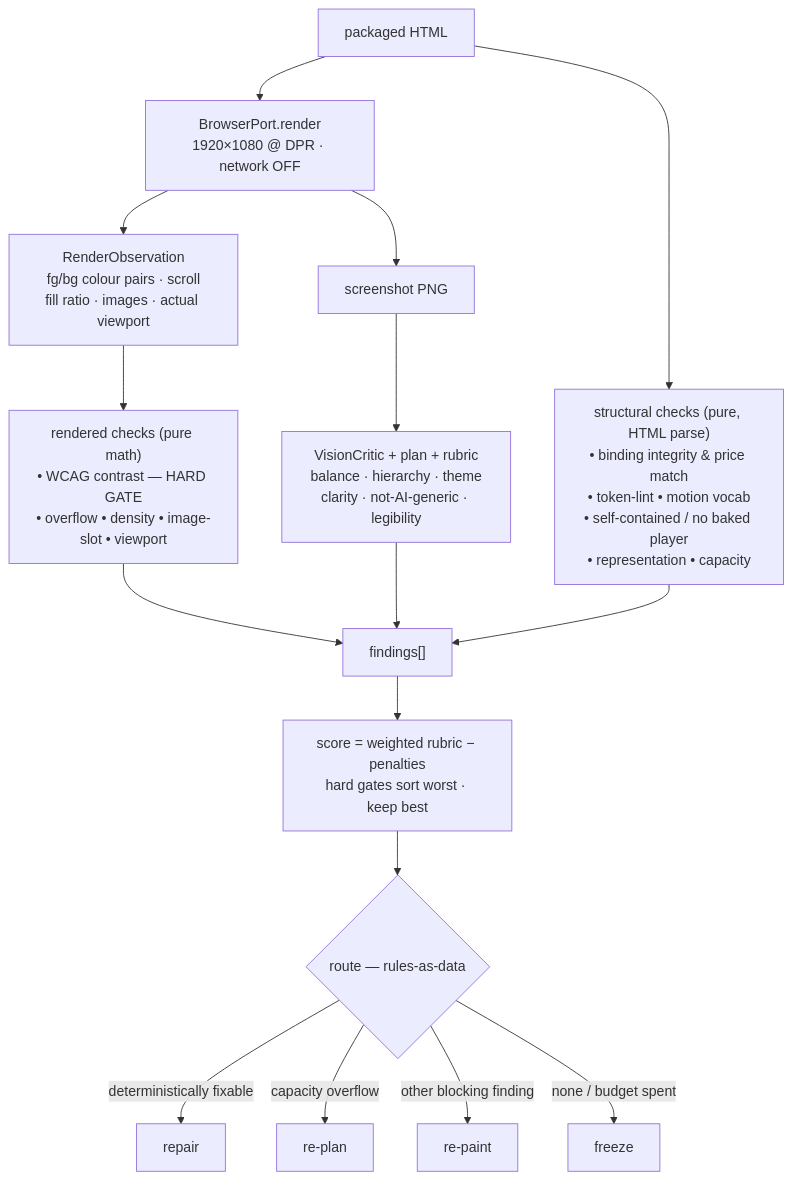
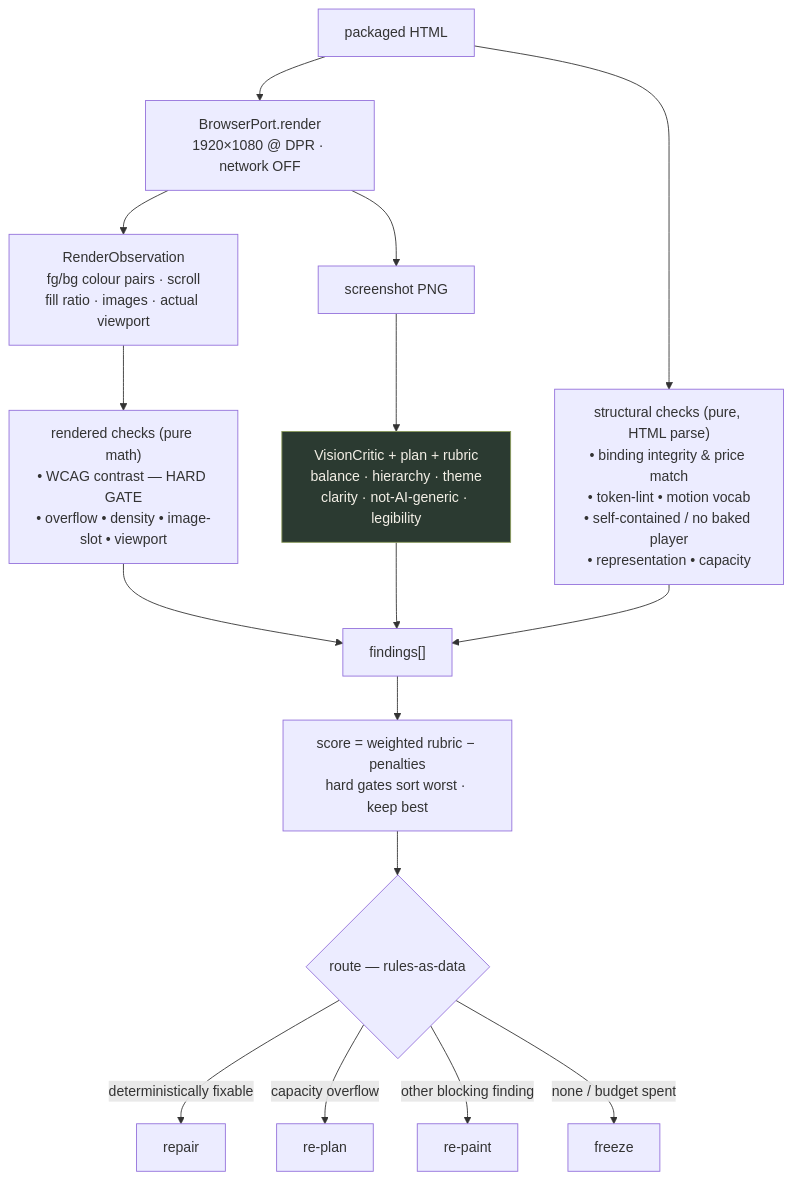
One commit to kalyanram23/sf-content-engine changed the third of 6 diagrams in ARCHITECTURE.md. Above: the diagram before and after it, drawn with Mermaid. The commit also changed other lines of this file and 54 other files, not shown here.

````diff
--- a/ARCHITECTURE.md
+++ b/ARCHITECTURE.md
@@ -121,20 +130,23 @@
 ```mermaid
 flowchart TD
     H["packaged HTML"] --> R["BrowserPort.render<br/>1920×1080 @ DPR · network OFF"]
     R --> OBS["RenderObservation<br/>fg/bg colour pairs · scroll<br/>fill ratio · images · actual viewport"]
     R --> SHOT["screenshot PNG"]
 
     OBS --> RC["rendered checks (pure math)<br/>• WCAG contrast — HARD GATE<br/>• overflow • density • image-slot • viewport"]
     H --> SC["structural checks (pure, HTML parse)<br/>• binding integrity &amp; price match<br/>• token-lint • motion vocab<br/>• self-contained / no baked player<br/>• representation • capacity"]
     SHOT --> VC["VisionCritic + plan + rubric<br/>balance · hierarchy · theme<br/>clarity · not-AI-generic · legibility"]
 
     RC --> F["findings[]"]
     SC --> F
     VC --> F
     F --> SCO["score = weighted rubric − penalties<br/>hard gates sort worst · keep best"]
     SCO --> RT{"route — rules-as-data"}
     RT -->|deterministically fixable| repair
     RT -->|capacity overflow| re-plan
     RT -->|other blocking finding| re-paint
     RT -->|none / budget spent| freeze
+
+    classDef llm fill:#2b3a31,color:#f3efe6,stroke:#8a9a5b;
+    class VC llm;
 ```
````
